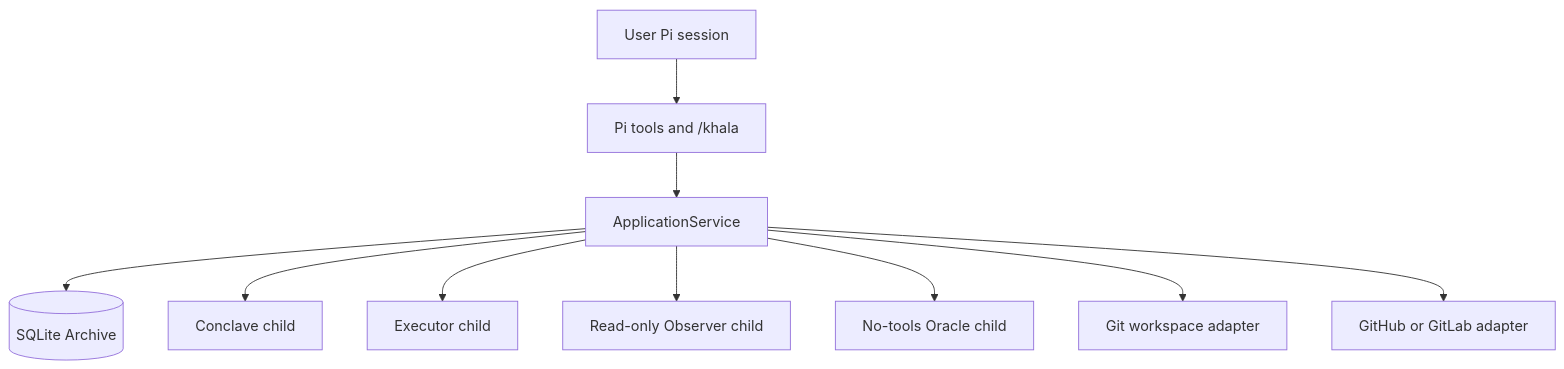
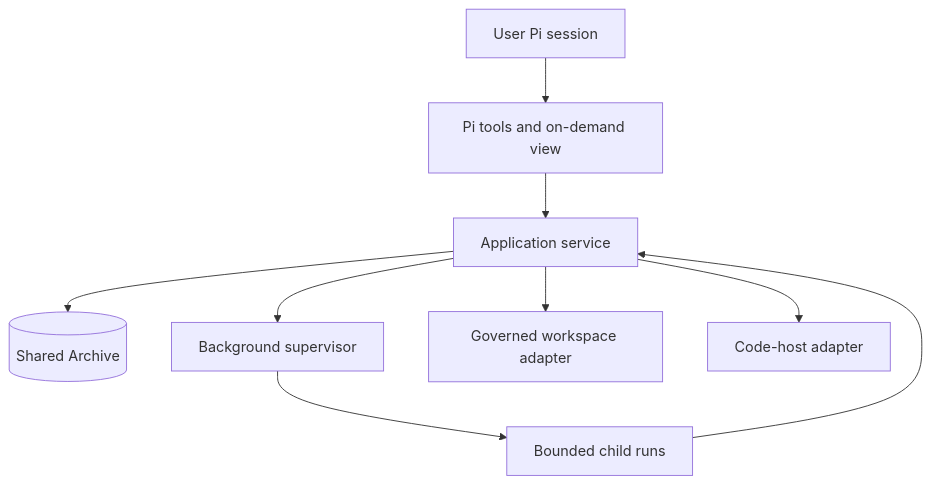
One commit to pesap/khala changed the diagram in docs/architecture.md. Above: the diagram before and after it, drawn with Mermaid. The commit also changed other lines of this file and 18 other files, not shown here.

````diff
--- a/docs/architecture.md
+++ b/docs/architecture.md
@@ -8,12 +9,11 @@
 ```mermaid
 flowchart TD
-    User[User Pi session] --> Tools[Pi tools and /khala]
-    Tools --> Service[ApplicationService]
-    Service --> Archive[(SQLite Archive)]
-    Service --> Conclave[Conclave child]
-    Service --> Executor[Executor child]
-    Service --> Observer[Read-only Observer child]
-    Service --> Oracle[No-tools Oracle child]
-    Service --> Git[Git workspace adapter]
-    Service --> Provider[GitHub or GitLab adapter]
+    User[User Pi session] --> Client[Pi tools and on-demand view]
+    Client --> Service[Application service]
+    Service --> Archive[(Shared Archive)]
+    Service --> Supervisor[Background supervisor]
+    Supervisor --> Children[Bounded child runs]
+    Children --> Service
+    Service --> Git[Governed workspace adapter]
+    Service --> Provider[Code-host adapter]
 ```
````
